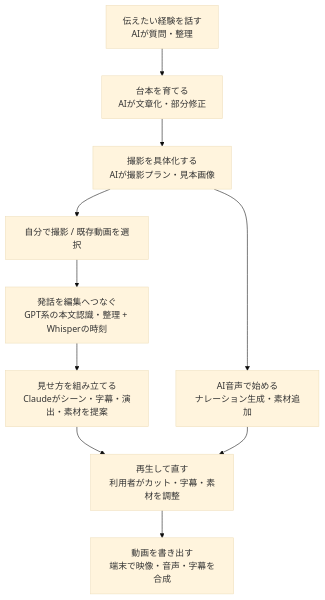
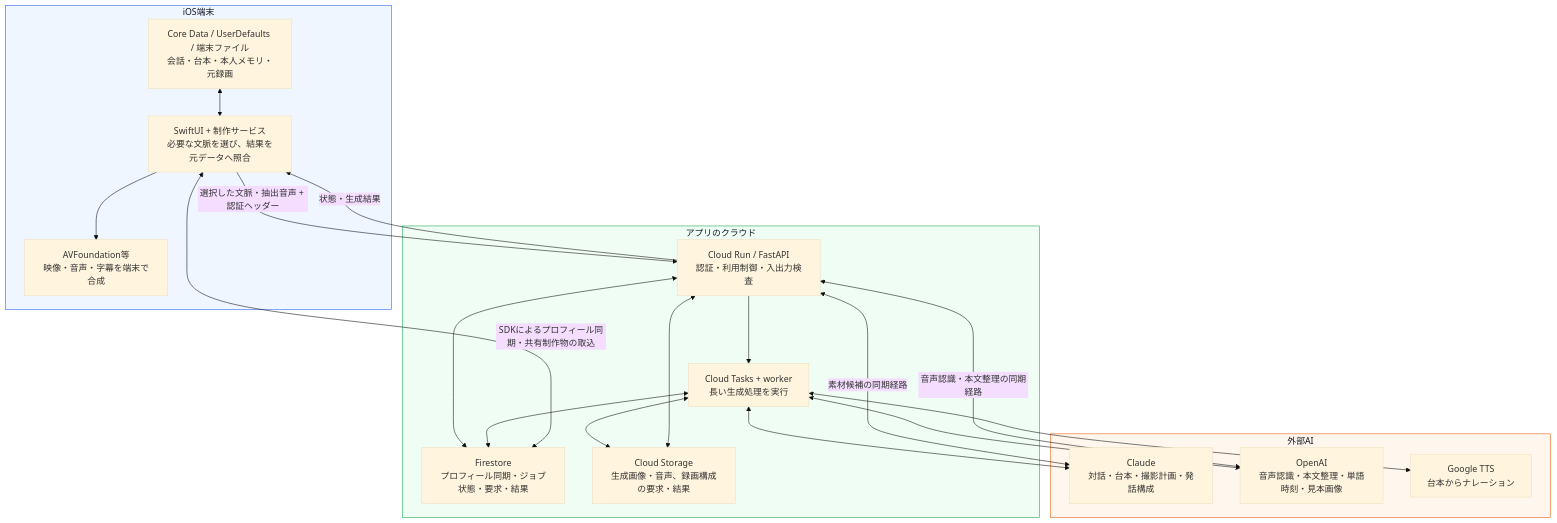
Before and after one commit to Technarra/kantokuai-portfolio: the diagram in README.md, drawn with Mermaid (base theme). The commit also changed other lines of this file and 3 other files, not shown here.

Commit message:
docs: map API calls, LLM inputs and data boundaries

````diff
--- a/README.md
+++ b/README.md
@@ -77,12 +77,37 @@
 ```mermaid
-flowchart TD
-    Talk["伝えたい経験を話す<br/>AIが質問・整理"] --> Script["台本を育てる<br/>AIが文章化・部分修正"]
-    Script --> Plan["撮影を具体化する<br/>AIが撮影プラン・見本画像"]
-    Plan --> Capture["自分で撮影 / 既存動画を選択"]
-    Capture --> Transcript["発話を編集へつなぐ<br/>GPT系の本文認識・整理 + Whisperの時刻"]
-    Transcript --> Structure["見せ方を組み立てる<br/>Claudeがシーン・字幕・演出・素材を提案"]
-    Structure --> Edit["再生して直す<br/>利用者がカット・字幕・素材を調整"]
-    Edit --> Export["動画を書き出す<br/>端末で映像・音声・字幕を合成"]
-    Plan --> Voice["AI音声で始める<br/>ナレーション生成・素材追加"]
-    Voice --> Edit
+flowchart TB
+    subgraph Device["iOS端末"]
+        Local["Core Data / UserDefaults / 端末ファイル<br/>会話・台本・本人メモリ・元録画"]
+        App["SwiftUI + 制作サービス<br/>必要な文脈を選び、結果を元データへ照合"]
+        Export["AVFoundation等<br/>映像・音声・字幕を端末で合成"]
+        Local <--> App
+        App --> Export
+    end
+    subgraph Cloud["アプリのクラウド"]
+        API["Cloud Run / FastAPI<br/>認証・利用制御・入出力検査"]
+        DB["Firestore<br/>プロフィール同期・ジョブ状態・要求・結果"]
+        Jobs["Cloud Tasks + worker<br/>長い生成処理を実行"]
+        Blob["Cloud Storage<br/>生成画像・音声、録画構成の要求・結果"]
+        API <--> DB
+        API --> Jobs
+        Jobs <--> DB
+        Jobs <--> Blob
+        API <--> Blob
+    end
+    subgraph Providers["外部AI"]
+        Claude["Claude<br/>対話・台本・撮影計画・発話構成"]
+        OpenAI["OpenAI<br/>音声認識・本文整理・単語時刻・見本画像"]
+        TTS["Google TTS<br/>台本からナレーション"]
+    end
+    App -->|"選択した文脈・抽出音声 + 認証ヘッダー"| API
+    API -->|"状態・生成結果"| App
+    App <-->|"SDKによるプロフィール同期・共有制作物の取込"| DB
+    Jobs <--> Claude
+    Jobs <--> OpenAI
+    Jobs <--> TTS
+    API <-->|"音声認識・本文整理の同期経路"| OpenAI
+    API <-->|"素材候補の同期経路"| Claude
+    style Device fill:#eff6ff,stroke:#2563eb,color:#111827
+    style Cloud fill:#f0fdf4,stroke:#16a34a,color:#111827
+    style Providers fill:#fff7ed,stroke:#ea580c,color:#111827
 ```
````
